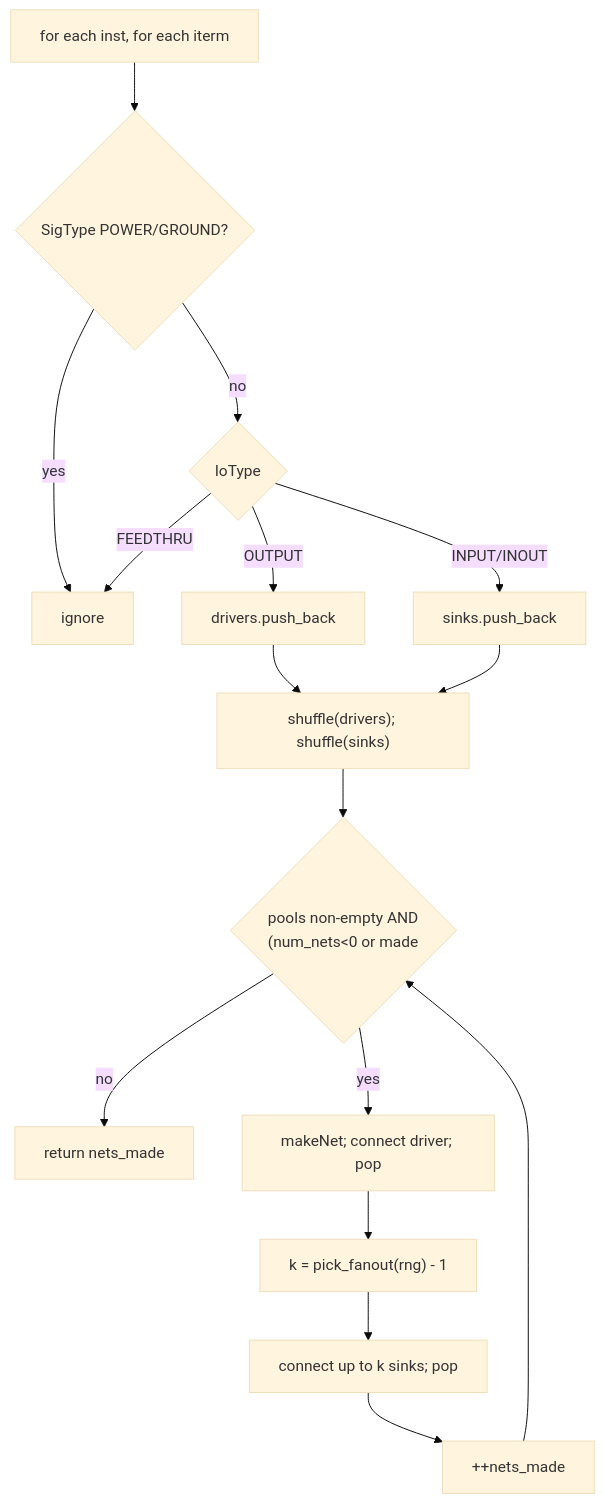
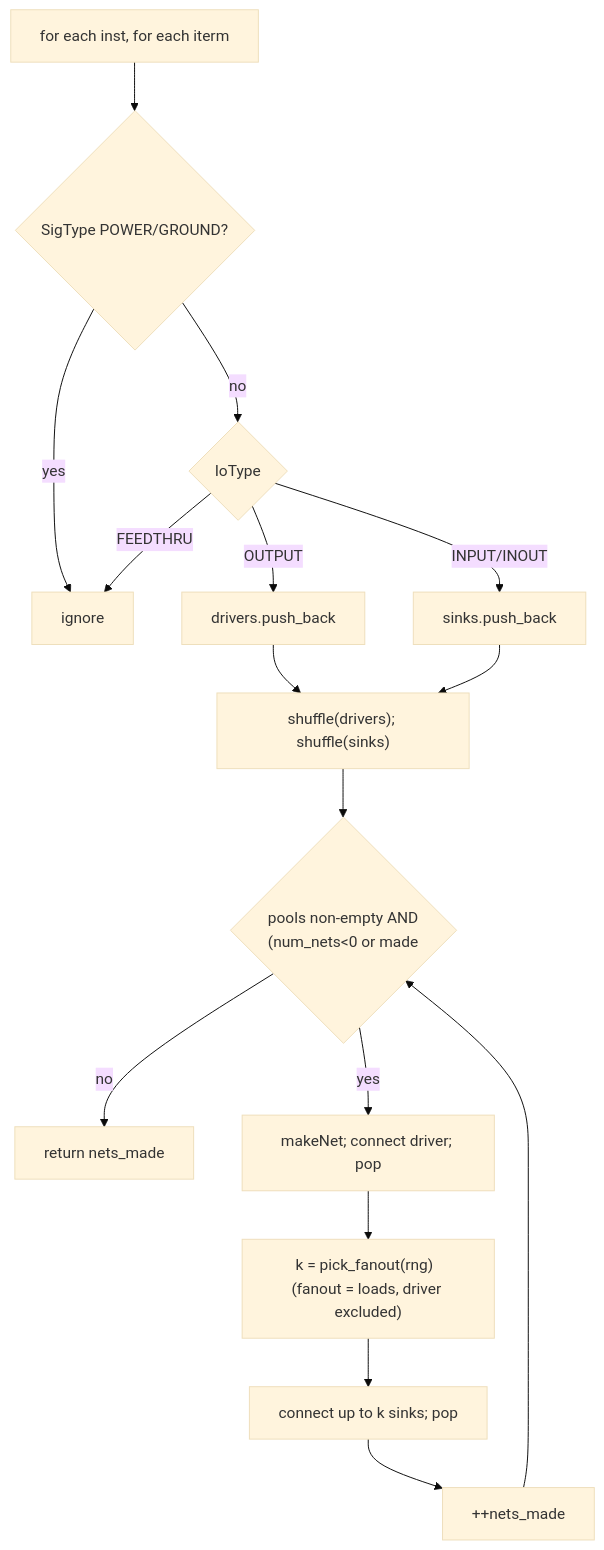
The sixth of 11 diagrams in src/engines/netlistgen/FLOW.md (rfive88/eda-lab), drawn with Mermaid (base theme) before and after one commit. The commit also changed other lines of this file and 6 other files, not shown here.

First line of the commit message:
netlistgen: fanout_range means loads (driver excluded), consistent everywhere

````diff
--- a/src/engines/netlistgen/FLOW.md
+++ b/src/engines/netlistgen/FLOW.md
@@ -185,18 +185,18 @@
 ```mermaid
 graph TD
   classify["for each inst, for each iterm"] --> pg{"SigType POWER/GROUND?"}
   pg -->|yes| skip[ignore]
   pg -->|no| io{"IoType"}
   io -->|OUTPUT| drv["drivers.push_back"]
   io -->|INPUT/INOUT| snk["sinks.push_back"]
   io -->|FEEDTHRU| skip
   drv --> shuf
   snk --> shuf["shuffle(drivers); shuffle(sinks)"]
   shuf --> whilecond{"pools non-empty AND<br/>(num_nets<0 or made<num_nets)?"}
   whilecond -->|no| done["return nets_made"]
   whilecond -->|yes| net["makeNet; connect driver; pop"]
-  net --> fan["k = pick_fanout(rng) - 1"]
+  net --> fan["k = pick_fanout(rng)  (fanout = loads, driver excluded)"]
   fan --> sinkloop["connect up to k sinks; pop"]
   sinkloop --> incr["++nets_made"]
   incr --> whilecond
 ```
````
